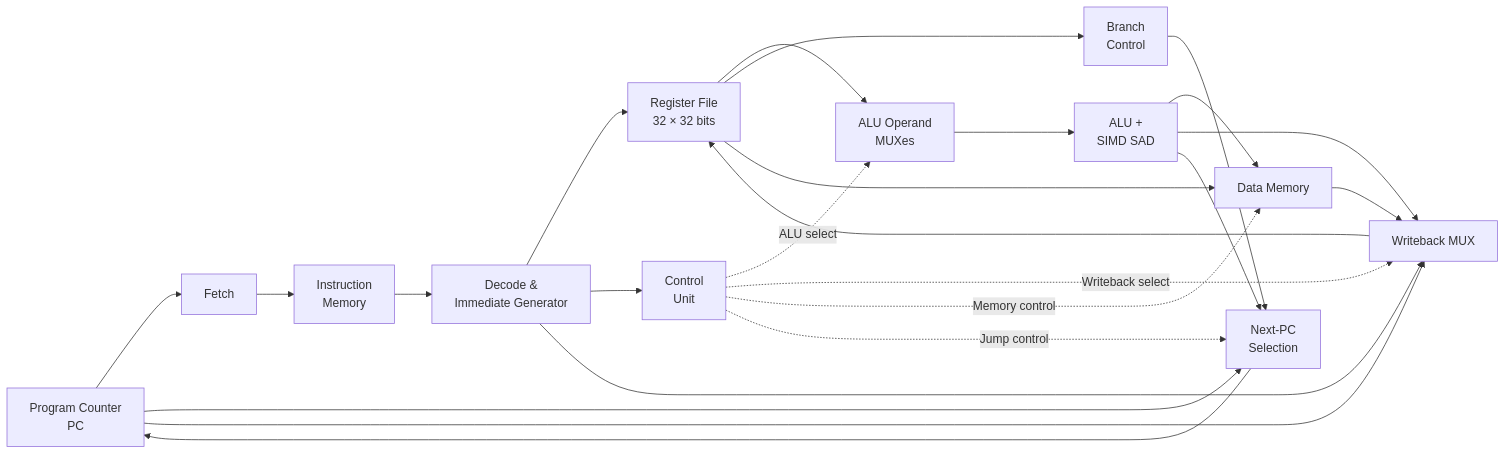
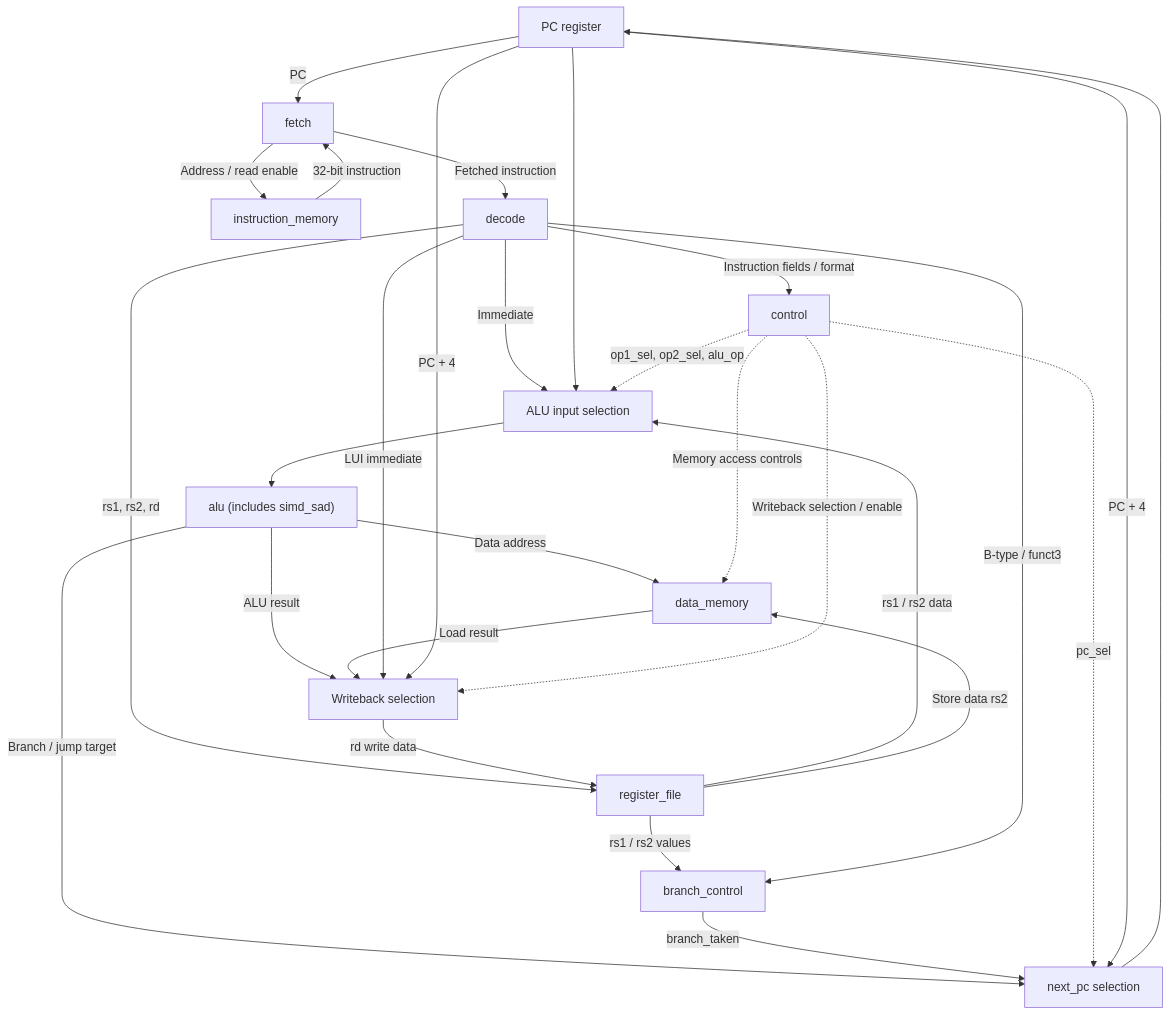
One commit to RL-Hillman/RV32I-Single-Cycle-CPU changed the first of 2 diagrams in README.md. Above: the diagram before and after it, drawn with Mermaid. The commit also changed other lines of this file, not shown here.

````diff
--- a/README.md
+++ b/README.md
@@ -56,26 +59,30 @@
 ```mermaid
-flowchart LR
-    PC["Program Counter<br/>PC"] --> FETCH["Fetch"]
-    FETCH --> IMEM["Instruction<br/>Memory"]
-    IMEM --> DECODE["Decode &<br/>Immediate Generator"]
-    DECODE --> RF["Register File<br/>32 × 32 bits"]
-    DECODE --> CTRL["Control<br/>Unit"]
-    RF --> AMUX["ALU Operand<br/>MUXes"]
-    AMUX --> ALU["ALU +<br/>SIMD SAD"]
-    ALU --> DMEM["Data Memory"]
-    ALU --> WB["Writeback MUX"]
-    DMEM --> WB
-    WB --> RF
-    RF --> BC["Branch<br/>Control"]
-    BC --> NPC["Next-PC<br/>Selection"]
-    ALU --> NPC
-    PC --> NPC
-    NPC --> PC
-    DECODE --> WB
-    PC --> WB
-    RF --> DMEM
-    CTRL -.->|ALU select| AMUX
-    CTRL -.->|Writeback select| WB
-    CTRL -.->|Memory control| DMEM
-    CTRL -.->|Jump control| NPC
+flowchart TB
+    PC["PC register"] -->|PC| FETCH["fetch"]
+    FETCH -->|Address / read enable| IMEM["instruction_memory"]
+    IMEM -->|32-bit instruction| FETCH
+    FETCH -->|Fetched instruction| DEC["decode"]
+    DEC -->|Instruction fields / format| CTRL["control"]
+    DEC -->|rs1, rs2, rd| RF["register_file"]
+    DEC -->|Immediate| MUX["ALU input selection"]
+    RF -->|rs1 / rs2 data| MUX
+    PC --> MUX
+    CTRL -.->|op1_sel, op2_sel, alu_op| MUX
+    MUX --> ALU["alu (includes simd_sad)"]
+    RF -->|rs1 / rs2 values| BC["branch_control"]
+    DEC -->|B-type / funct3| BC
+    ALU -->|Data address| DMEM["data_memory"]
+    RF -->|Store data rs2| DMEM
+    CTRL -.->|Memory access controls| DMEM
+    ALU -->|ALU result| WB["Writeback selection"]
+    DMEM -->|Load result| WB
+    DEC -->|LUI immediate| WB
+    PC -->|PC + 4| WB
+    CTRL -.->|Writeback selection / enable| WB
+    WB -->|rd write data| RF
+    ALU -->|Branch / jump target| NEXT["next_pc selection"]
+    BC -->|branch_taken| NEXT
+    CTRL -.->|pc_sel| NEXT
+    PC -->|PC + 4| NEXT
+    NEXT --> PC
 ```
````
